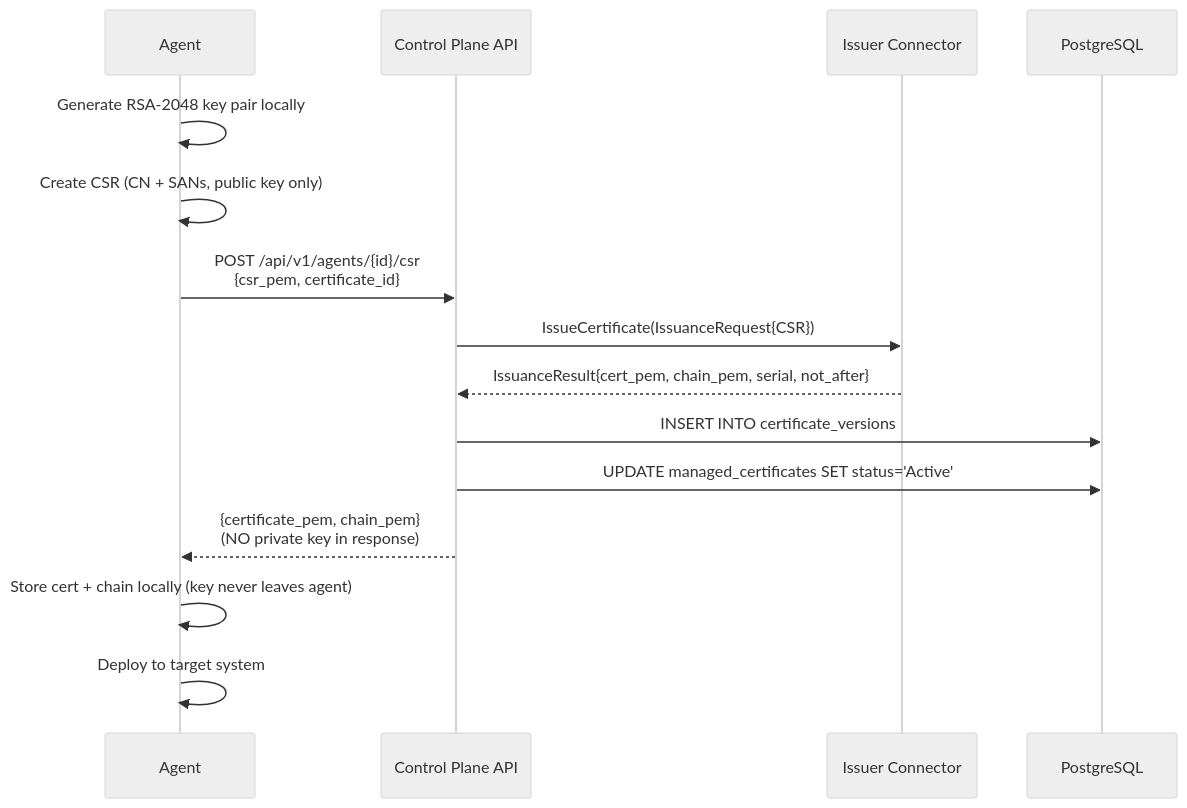
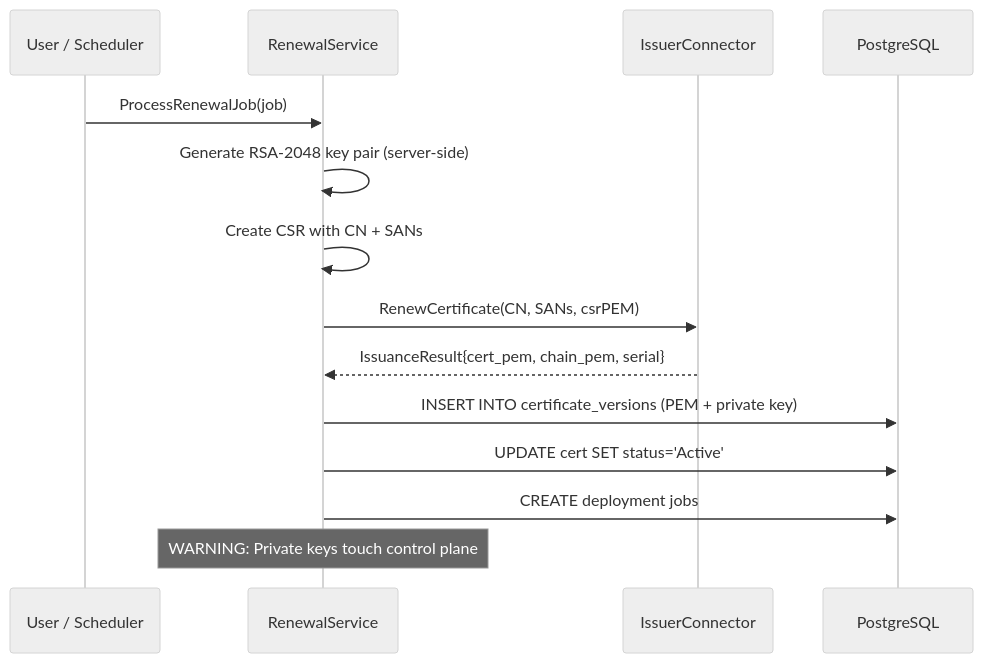
One commit to certctl-io/certctl changed the fifth of 11 diagrams in docs/architecture.md. Above: the diagram before and after it, drawn with Mermaid (neutral theme). The commit also changed other lines of this file and 14 other files, not shown here.

First line of the commit message:
Implement M8: agent-side key generation with ECDSA P-256

````diff
--- a/docs/architecture.md
+++ b/docs/architecture.md
@@ -268,22 +276,18 @@
 ```mermaid
 sequenceDiagram
-    participant A as Agent
-    participant API as Control Plane API
-    participant ISS as Issuer Connector
+    participant U as User / Scheduler
+    participant SVC as RenewalService
+    participant ISS as IssuerConnector
     participant DB as PostgreSQL
 
-    A->>A: Generate RSA-2048 key pair locally
-    A->>A: Create CSR (CN + SANs, public key only)
-    A->>API: POST /api/v1/agents/{id}/csr<br/>{csr_pem, certificate_id}
+    U->>SVC: ProcessRenewalJob(job)
+    SVC->>SVC: Generate RSA-2048 key pair (server-side)
+    SVC->>SVC: Create CSR with CN + SANs
+    SVC->>ISS: RenewCertificate(CN, SANs, csrPEM)
+    ISS-->>SVC: IssuanceResult{cert_pem, chain_pem, serial}
+    SVC->>DB: INSERT INTO certificate_versions (PEM + private key)
+    SVC->>DB: UPDATE cert SET status='Active'
+    SVC->>DB: CREATE deployment jobs
 
-    API->>ISS: IssueCertificate(IssuanceRequest{CSR})
-    ISS-->>API: IssuanceResult{cert_pem, chain_pem, serial, not_after}
-
-    API->>DB: INSERT INTO certificate_versions
-    API->>DB: UPDATE managed_certificates SET status='Active'
-
-    API-->>A: {certificate_pem, chain_pem}<br/>(NO private key in response)
-
-    A->>A: Store cert + chain locally (key never leaves agent)
-    A->>A: Deploy to target system
+    Note over SVC: WARNING: Private keys touch control plane
 ```
````
